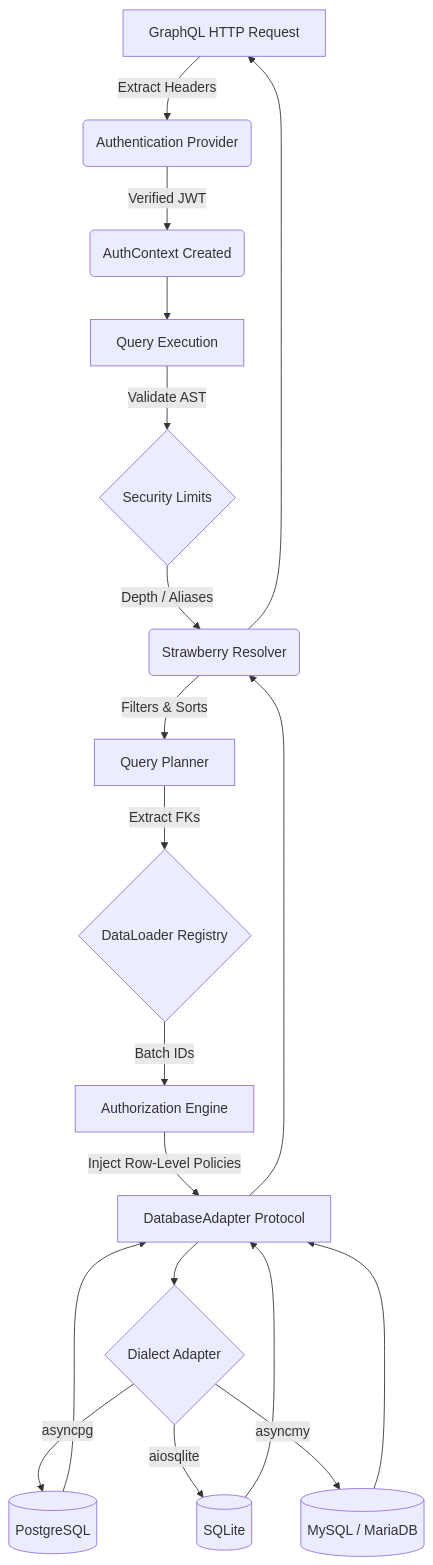
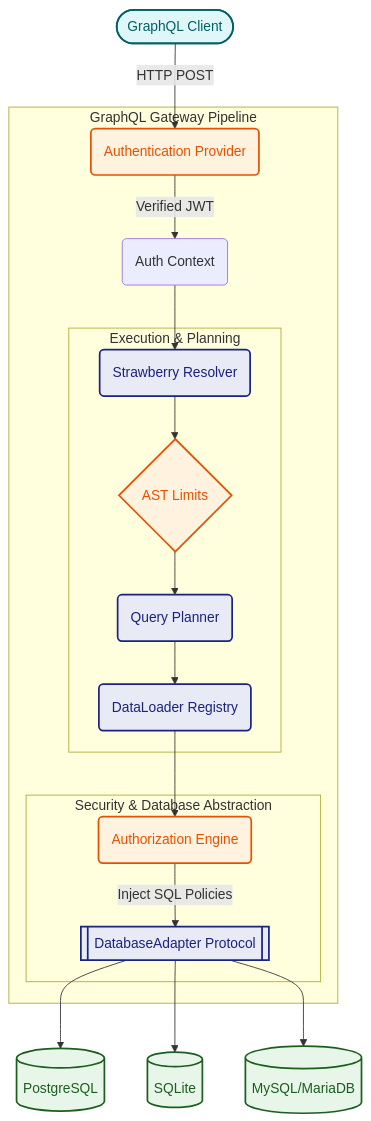
Before and after one commit to Mukesh-M-Lohar/db-graphql-gateway: the diagram in docs/ARCHITECTURE.md, drawn with Mermaid.

Commit message:
docs: upgrade architecture mermaid diagram to modern styled version

````diff
--- a/docs/ARCHITECTURE.md
+++ b/docs/ARCHITECTURE.md
@@ -13,25 +13,29 @@
 ```mermaid
-flowchart TD
-    A[GraphQL HTTP Request] -->|Extract Headers| B(Authentication Provider)
-    B -->|Verified JWT| C(AuthContext Created)
-    C --> D[Query Execution]
-    D -->|Validate AST| E{Security Limits}
-    E -->|Depth / Aliases| F(Strawberry Resolver)
+flowchart TB
+    classDef client fill:#e0f7fa,stroke:#006064,stroke-width:2px,color:#006064
+    classDef security fill:#fff3e0,stroke:#e65100,stroke-width:2px,color:#e65100
+    classDef core fill:#e8eaf6,stroke:#1a237e,stroke-width:2px,color:#1a237e
+    classDef db fill:#e8f5e9,stroke:#1b5e20,stroke-width:2px,color:#1b5e20
 
-    F -->|Filters & Sorts| G[Query Planner]
-    G -->|Extract FKs| H{DataLoader Registry}
+    Client([GraphQL Client]):::client -->|HTTP POST| Auth(Authentication Provider):::security
 
-    H -->|Batch IDs| I[Authorization Engine]
-    I -->|Inject Row-Level Policies| J[DatabaseAdapter Protocol]
+    subgraph "GraphQL Gateway Pipeline"
+        Auth -->|Verified JWT| Context(Auth Context)
+        Context --> Resolver(Strawberry Resolver):::core
+        
+        subgraph "Execution & Planning"
+            Resolver --> Limits{AST Limits}:::security
+            Limits --> Planner(Query Planner):::core
+            Planner --> DataLoader(DataLoader Registry):::core
+        end
 
-    J --> K{Dialect Adapter}
-    K -->|asyncpg| PG[(PostgreSQL)]
-    K -->|aiosqlite| SQ[(SQLite)]
-    K -->|asyncmy| MY[(MySQL / MariaDB)]
+        subgraph "Security & Database Abstraction"
+            DataLoader --> AuthZ(Authorization Engine):::security
+            AuthZ --> |Inject SQL Policies| AdapterProtocol[[DatabaseAdapter Protocol]]:::core
+        end
+    end
 
-    PG --> J
-    SQ --> J
-    MY --> J
-    J --> F
-    F --> A
+    AdapterProtocol --> PG[(PostgreSQL)]:::db
+    AdapterProtocol --> SQ[(SQLite)]:::db
+    AdapterProtocol --> MY[(MySQL/MariaDB)]:::db
 ```
````
